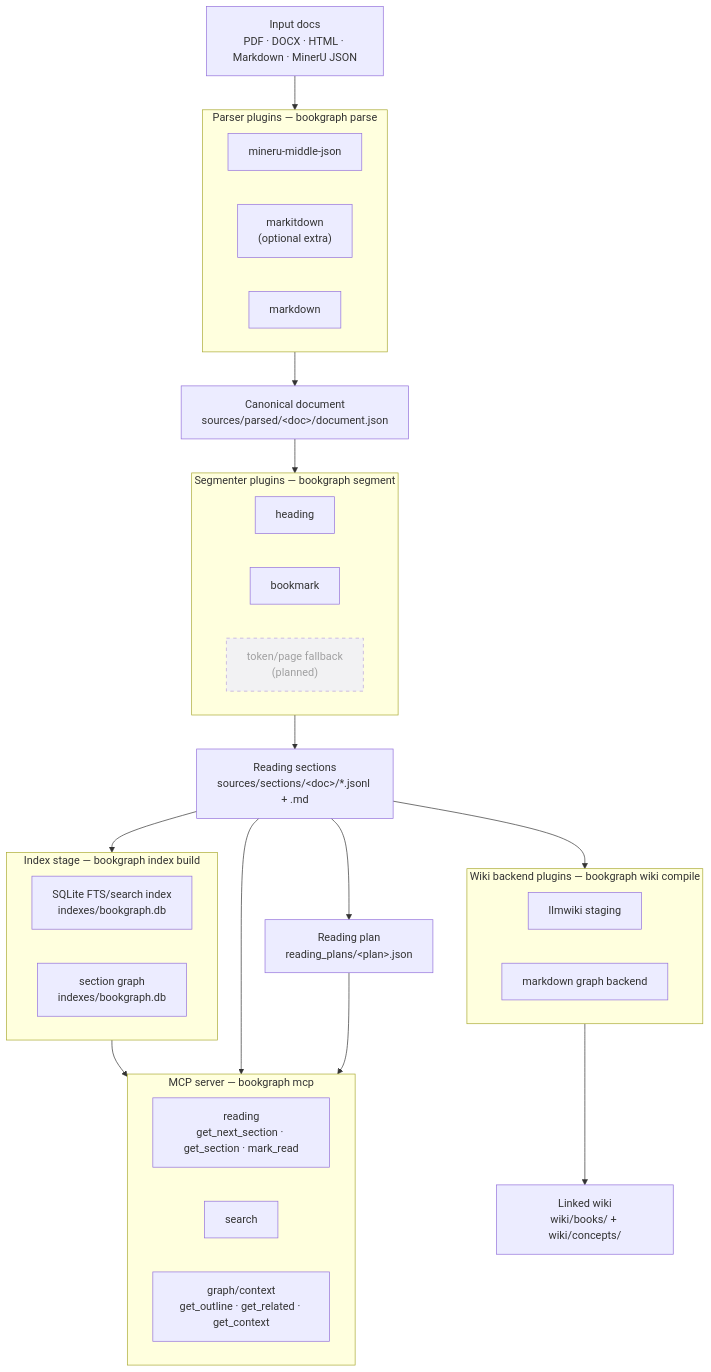
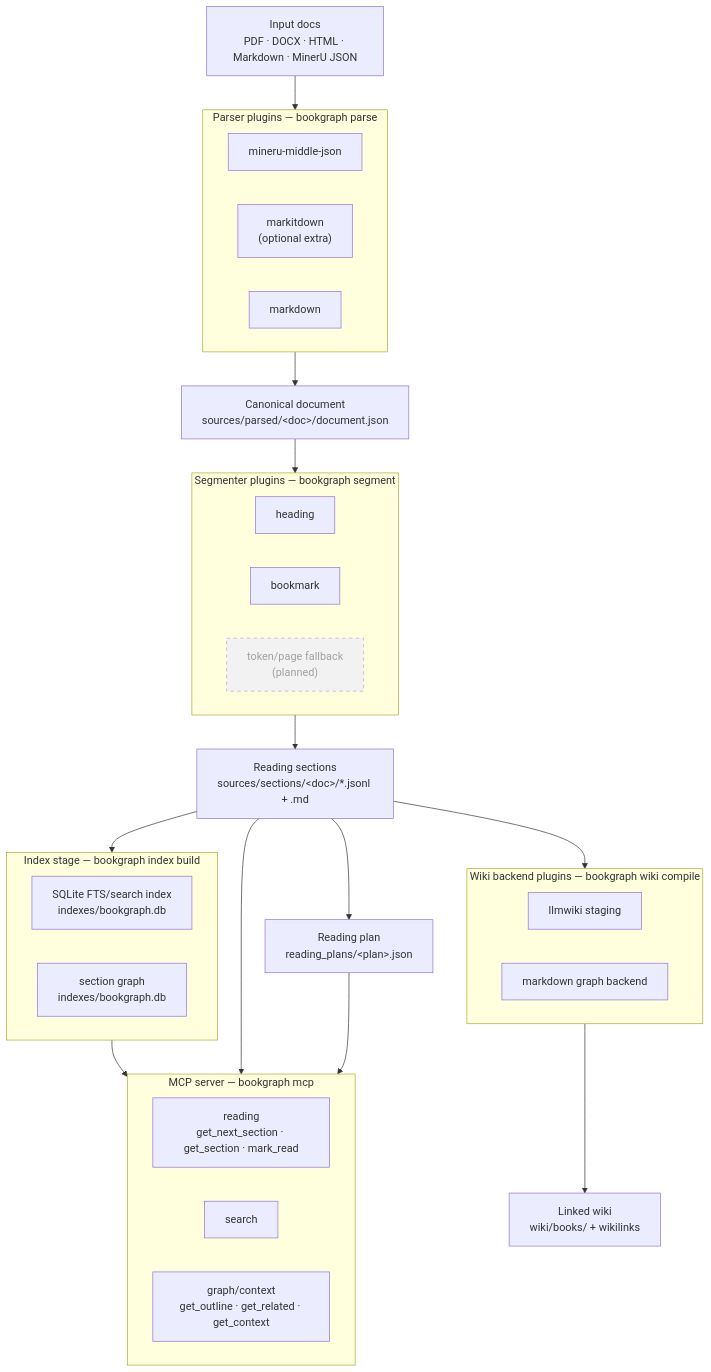
The diagram in README.md (chimeyrock999/bookgraph), drawn with Mermaid before and after one commit. The commit also changed other lines of this file and 8 other files, not shown here.

Commit message:
fix: narrow markdown graph backend scope

````diff
--- a/README.md
+++ b/README.md
@@ -16,56 +16,56 @@
 ```mermaid
 flowchart TD
     docs["Input docs<br/>PDF · DOCX · HTML · Markdown · MinerU JSON"]
 
     docs --> P
 
     subgraph P["Parser plugins — bookgraph parse"]
         direction LR
         P1["mineru-middle-json"]
         P2["markitdown<br/>(optional extra)"]
         P3["markdown"]
     end
 
     P --> DOC["Canonical document<br/>sources/parsed/&lt;doc&gt;/document.json"]
     DOC --> S
 
     subgraph S["Segmenter plugins — bookgraph segment"]
         direction LR
         S1["heading"]
         S2["bookmark"]
         S3["token/page fallback<br/>(planned)"]:::planned
     end
 
     S --> SEC["Reading sections<br/>sources/sections/&lt;doc&gt;/*.jsonl + .md"]
 
     SEC --> IDX
     SEC --> RP["Reading plan<br/>reading_plans/&lt;plan&gt;.json"]
     SEC --> W
 
     subgraph IDX["Index stage — bookgraph index build"]
         direction LR
         IDX1["SQLite FTS/search index<br/>indexes/bookgraph.db"]
         IDX2["section graph<br/>indexes/bookgraph.db"]
     end
 
     subgraph W["Wiki backend plugins — bookgraph wiki compile"]
         direction LR
         W1["llmwiki staging"]
         W2["markdown graph backend"]
     end
 
-    W --> WIKI["Linked wiki<br/>wiki/books/ + wiki/concepts/"]
+    W --> WIKI["Linked wiki<br/>wiki/books/ + wikilinks"]
 
     IDX --> MCP
     SEC --> MCP
     RP --> MCP
 
     subgraph MCP["MCP server — bookgraph mcp"]
         direction LR
         MCP1["reading<br/>get_next_section · get_section · mark_read"]
         MCP2["search"]
         MCP3["graph/context<br/>get_outline · get_related · get_context"]
     end
 
     classDef planned stroke-dasharray:5,opacity:0.65;
 ```
````
